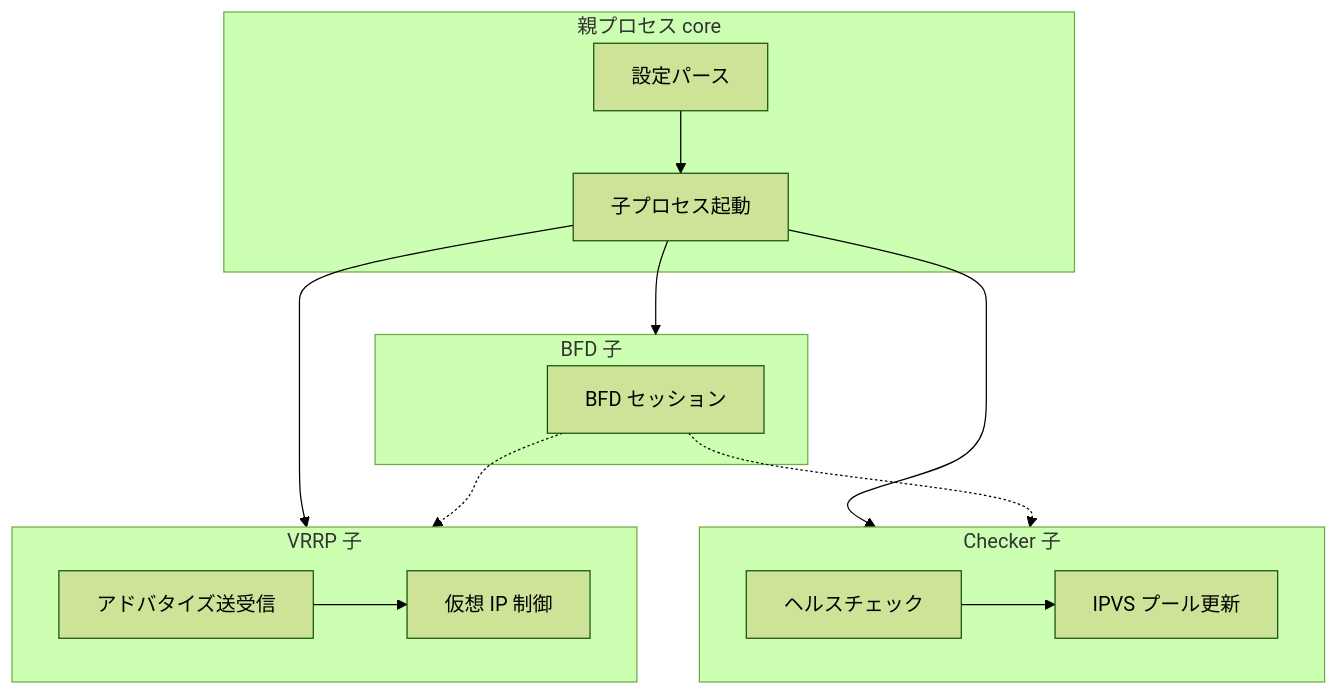
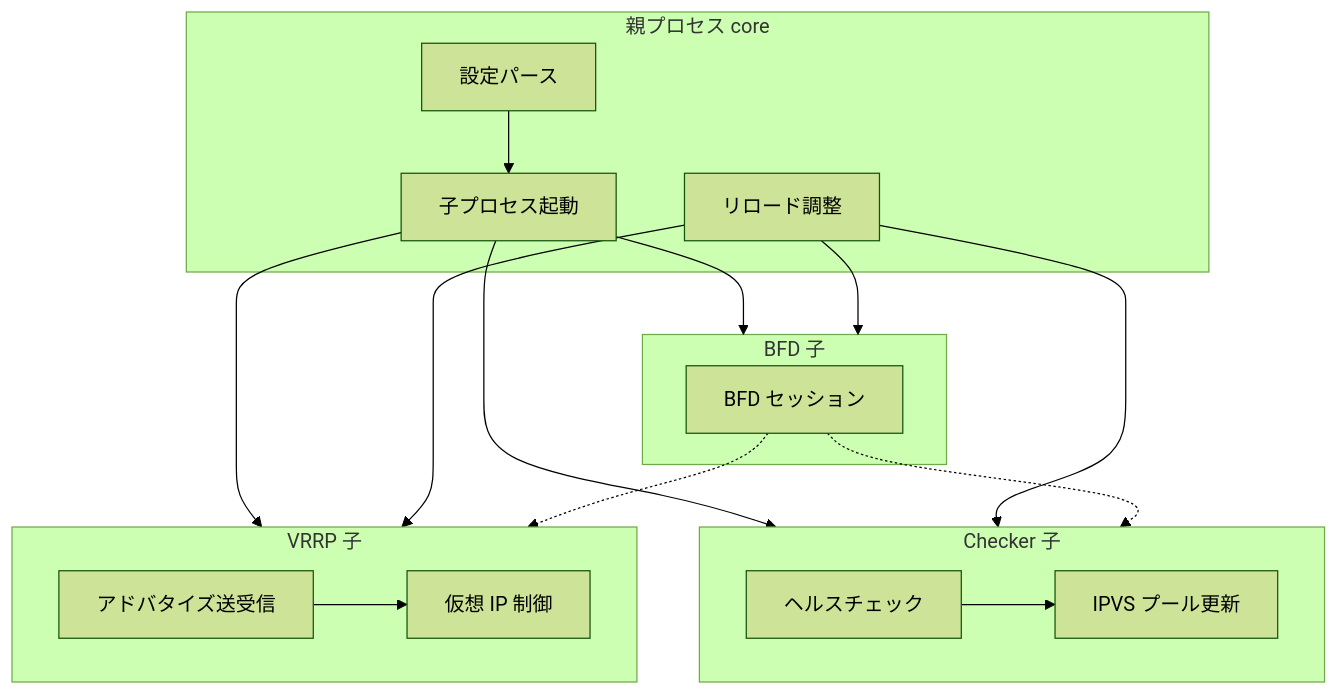
Before and after one commit to miyamadoKL/source-code-reading: the diagram in keepalived/part00-overview/01-keepalived-overview.md, drawn with Mermaid (forest theme). The commit also changed other lines of this file and 71 other files, not shown here.

````diff
--- a/keepalived/part00-overview/01-keepalived-overview.md
+++ b/keepalived/part00-overview/01-keepalived-overview.md
@@ -83,26 +153,30 @@
 ```mermaid
 flowchart TB
   subgraph parent [親プロセス core]
     CFG[設定パース]
     CHILD[子プロセス起動]
+    REL[リロード調整]
   end
   subgraph vrrp [VRRP 子]
     ADV[アドバタイズ送受信]
     VIP[仮想 IP 制御]
   end
   subgraph check [Checker 子]
     HC[ヘルスチェック]
     IPVS[IPVS プール更新]
   end
   subgraph bfd [BFD 子]
     SESS[BFD セッション]
   end
   CFG --> CHILD
   CHILD --> vrrp
   CHILD --> check
   CHILD --> bfd
+  REL --> vrrp
+  REL --> check
+  REL --> bfd
   HC --> IPVS
   ADV --> VIP
   SESS -.-> vrrp
   SESS -.-> check
 ```
````
